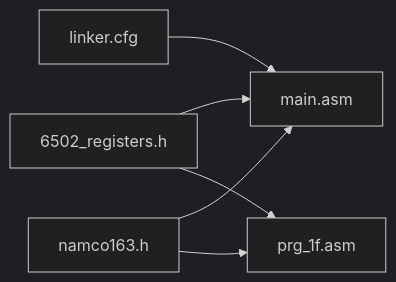
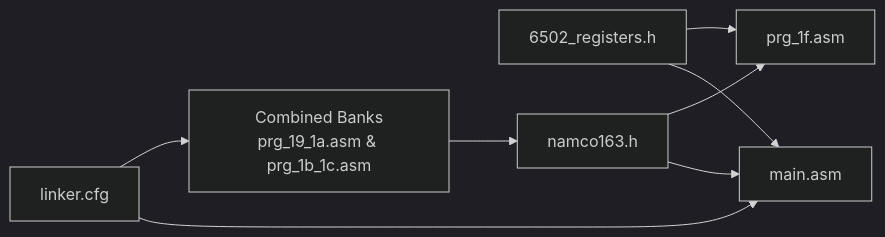
The fifth of 5 diagrams in .qoder/repowiki/en/content/Project Overview/Memory Map and Hardware.md (rabbyzero/sango2dasm), drawn with Mermaid (dark theme) before and after one commit. The commit also changed other lines of this file and 11 other files, not shown here.

````diff
--- a/.qoder/repowiki/en/content/Project Overview/Memory Map and Hardware.md
+++ b/.qoder/repowiki/en/content/Project Overview/Memory Map and Hardware.md
@@ -247,13 +302,16 @@
 ```mermaid
 graph LR
 LINKER["linker.cfg"]
 MAIN["main.asm"]
 REGS["6502_registers.h"]
 MAPPER["namco163.h"]
 BANK1F["prg_1f.asm"]
+COMBINED["Combined Banks<br/>prg_19_1a.asm & prg_1b_1c.asm"]
 LINKER --> MAIN
 REGS --> MAIN
 MAPPER --> MAIN
 MAPPER --> BANK1F
 REGS --> BANK1F
+LINKER --> COMBINED
+COMBINED --> MAPPER
 ```
````
